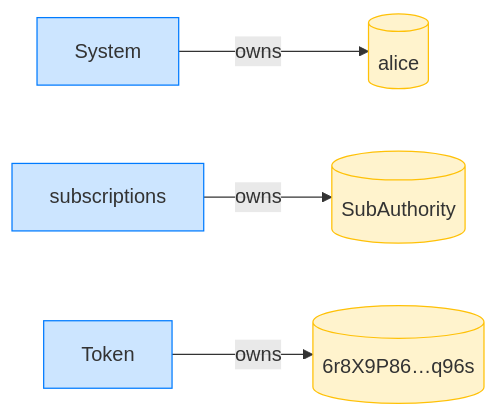
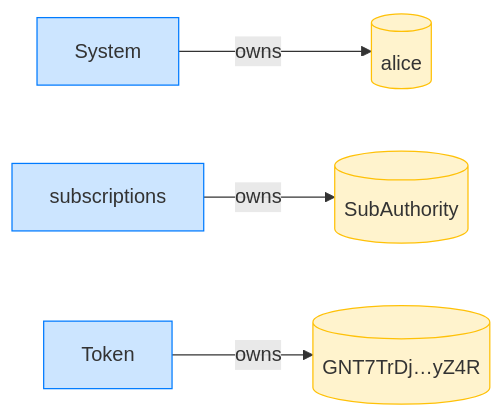
The fourth of 12 diagrams in dsl_tests/revoke-a-recurring-delegation.md (cds-rs/subscriptions), drawn with Mermaid before and after one commit. The commit also changed other lines of this file and 224 other files, not shown here.

````diff
--- a/dsl_tests/revoke-a-recurring-delegation.md
+++ b/dsl_tests/revoke-a-recurring-delegation.md
@@ -71,14 +76,14 @@
 ```mermaid
 flowchart LR
     classDef owner fill:#cce5ff,stroke:#007bff;
     classDef account fill:#fff3cd,stroke:#ffc107;
     System[System]:::owner
     alice[(alice)]:::account
     subscriptions[subscriptions]:::owner
     SubAuthority[(SubAuthority)]:::account
     Token[Token]:::owner
-    6r8X9P86_q96s[("6r8X9P86…q96s")]:::account
+    GNT7TrDj_yZ4R[("GNT7TrDj…yZ4R")]:::account
     System -->|owns| alice
     subscriptions -->|owns| SubAuthority
-    Token -->|owns| 6r8X9P86_q96s
+    Token -->|owns| GNT7TrDj_yZ4R
 ```
````
